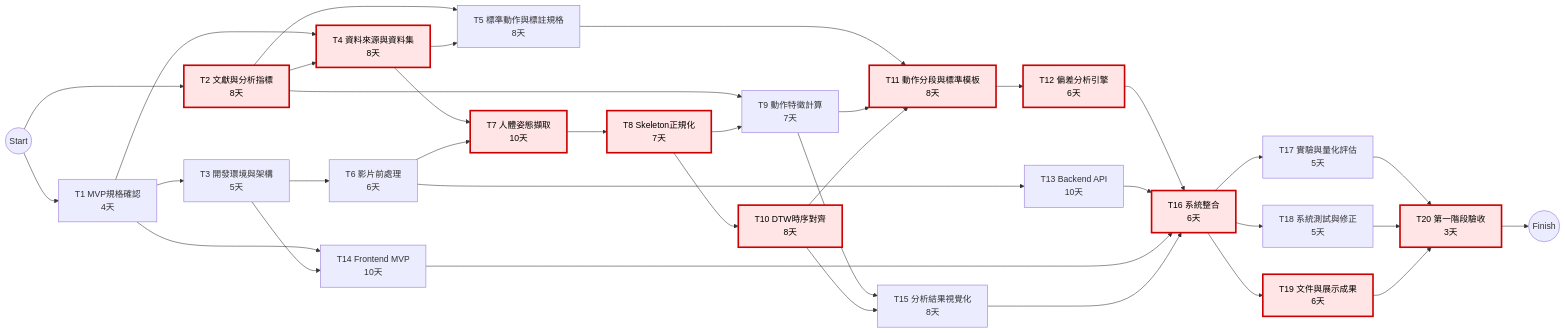
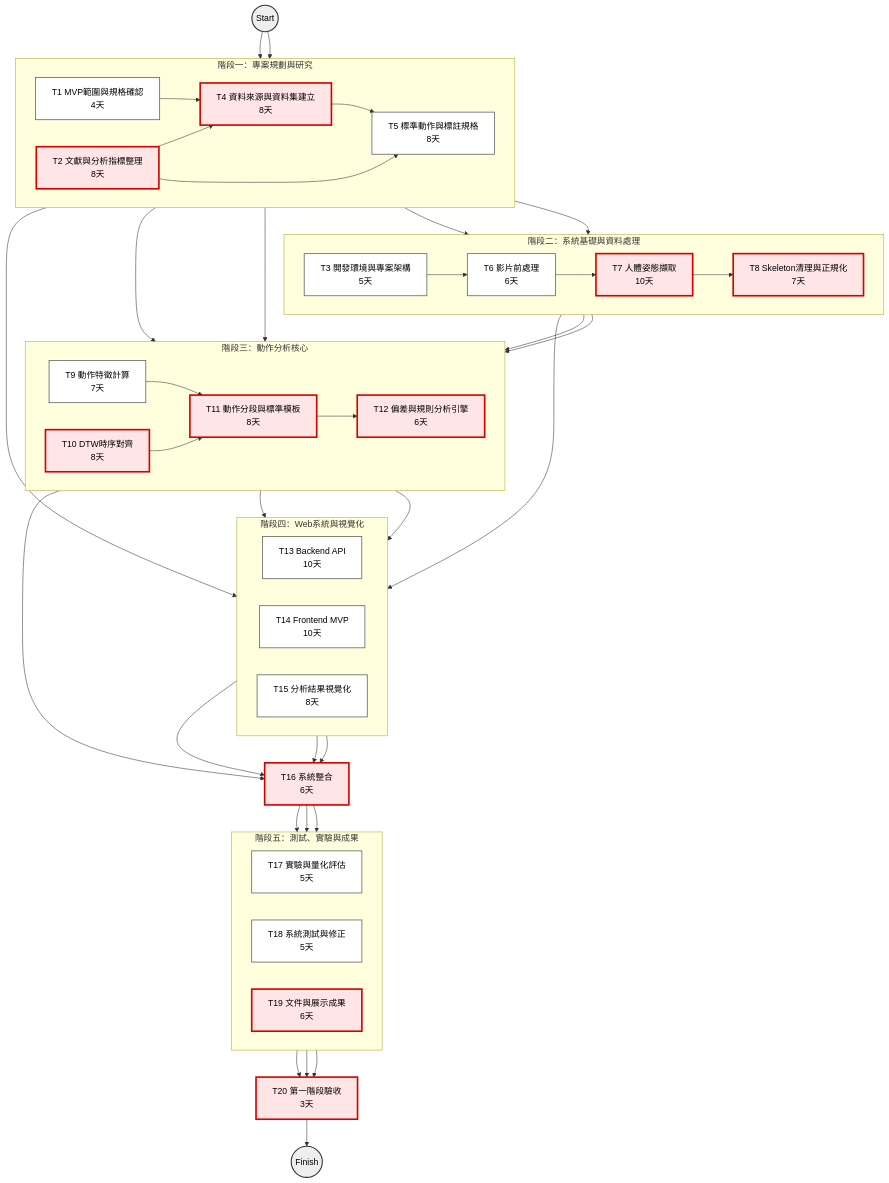
Before and after one commit to AUO584/Thematicprojects: the diagram in GroupWork2.md, drawn with Mermaid.

````diff
--- a/GroupWork2.md
+++ b/GroupWork2.md
@@ -41,67 +41,110 @@
 ```mermaid
-flowchart LR
-    S((Start))
+flowchart TB
 
-    T1["T1 MVP規格確認<br/>4天"]
-    T2["T2 文獻與分析指標<br/>8天"]
-    T3["T3 開發環境與架構<br/>5天"]
-    T4["T4 資料來源與資料集<br/>8天"]
-    T5["T5 標準動作與標註規格<br/>8天"]
+    %% =========================
+    %% Start
+    %% =========================
+    START((Start))
 
-    T6["T6 影片前處理<br/>6天"]
-    T7["T7 人體姿態擷取<br/>10天"]
-    T8["T8 Skeleton正規化<br/>7天"]
+    %% =========================
+    %% Phase 1
+    %% =========================
+    subgraph P1["階段一：專案規劃與研究"]
+        direction LR
 
-    T9["T9 動作特徵計算<br/>7天"]
-    T10["T10 DTW時序對齊<br/>8天"]
-    T11["T11 動作分段與標準模板<br/>8天"]
-    T12["T12 偏差分析引擎<br/>6天"]
+        T1["T1 MVP範圍與規格確認<br/>4天"]
+        T2["T2 文獻與分析指標整理<br/>8天"]
+        T4["T4 資料來源與資料集建立<br/>8天"]
+        T5["T5 標準動作與標註規格<br/>8天"]
 
-    T13["T13 Backend API<br/>10天"]
-    T14["T14 Frontend MVP<br/>10天"]
-    T15["T15 分析結果視覺化<br/>8天"]
+        T2 --> T4
+        T4 --> T5
+        T2 --> T5
+    end
 
+    %% =========================
+    %% Phase 2
+    %% =========================
+    subgraph P2["階段二：系統基礎與資料處理"]
+        direction LR
+
+        T3["T3 開發環境與專案架構<br/>5天"]
+        T6["T6 影片前處理<br/>6天"]
+        T7["T7 人體姿態擷取<br/>10天"]
+        T8["T8 Skeleton清理與正規化<br/>7天"]
+
+        T3 --> T6
+        T6 --> T7
+        T7 --> T8
+    end
+
+    %% =========================
+    %% Phase 3
+    %% =========================
+    subgraph P3["階段三：動作分析核心"]
+        direction LR
+
+        T9["T9 動作特徵計算<br/>7天"]
+        T10["T10 DTW時序對齊<br/>8天"]
+        T11["T11 動作分段與標準模板<br/>8天"]
+        T12["T12 偏差與規則分析引擎<br/>6天"]
+
+        T9 --> T11
+        T10 --> T11
+        T11 --> T12
+    end
+
+    %% =========================
+    %% Phase 4
+    %% =========================
+    subgraph P4["階段四：Web系統與視覺化"]
+        direction LR
+
+        T13["T13 Backend API<br/>10天"]
+        T14["T14 Frontend MVP<br/>10天"]
+        T15["T15 分析結果視覺化<br/>8天"]
+    end
+
+    %% =========================
+    %% Integration
+    %% =========================
     T16["T16 系統整合<br/>6天"]
 
-    T17["T17 實驗與量化評估<br/>5天"]
-    T18["T18 系統測試與修正<br/>5天"]
-    T19["T19 文件與展示成果<br/>6天"]
+    %% =========================
+    %% Phase 5
+    %% =========================
+    subgraph P5["階段五：測試、實驗與成果"]
+        direction LR
+
+        T17["T17 實驗與量化評估<br/>5天"]
+        T18["T18 系統測試與修正<br/>5天"]
+        T19["T19 文件與展示成果<br/>6天"]
+    end
 
     T20["T20 第一階段驗收<br/>3天"]
-    F((Finish))
+    FINISH((Finish))
 
-    S --> T1
-    S --> T2
+    %% =========================
+    %% Cross-phase dependencies
+    %% =========================
+
+    START --> T1
+    START --> T2
 
     T1 --> T3
     T1 --> T4
-    T2 --> T4
-
-    T2 --> T5
-    T4 --> T5
-
-    T3 --> T6
+    T1 --> T14
 
     T4 --> T7
-    T6 --> T7
-
-    T7 --> T8
 
     T2 --> T9
+
     T8 --> T9
-
     T8 --> T10
 
     T5 --> T11
-    T9 --> T11
-    T10 --> T11
-
-    T11 --> T12
 
     T6 --> T13
-
-    T1 --> T14
-    T3 --> T14
 
     T9 --> T15
     T10 --> T15
@@ -119,8 +162,17 @@
     T18 --> T20
     T19 --> T20
 
-    T20 --> F
+    T20 --> FINISH
 
-    classDef critical fill:#ffe5e5,stroke:#cc0000,stroke-width:3px,color:#000000;
+    %% =========================
+    %% Critical Path Style
+    %% =========================
+
+    classDef critical fill:#ffe5e5,stroke:#d60000,stroke-width:3px,color:#000;
+    classDef normal fill:#ffffff,stroke:#666,stroke-width:1.5px,color:#000;
+    classDef terminal fill:#eeeeee,stroke:#333,stroke-width:2px,color:#000;
+
     class T2,T4,T7,T8,T10,T11,T12,T16,T19,T20 critical;
+    class T1,T3,T5,T6,T9,T13,T14,T15,T17,T18 normal;
+    class START,FINISH terminal;
 ```
````
